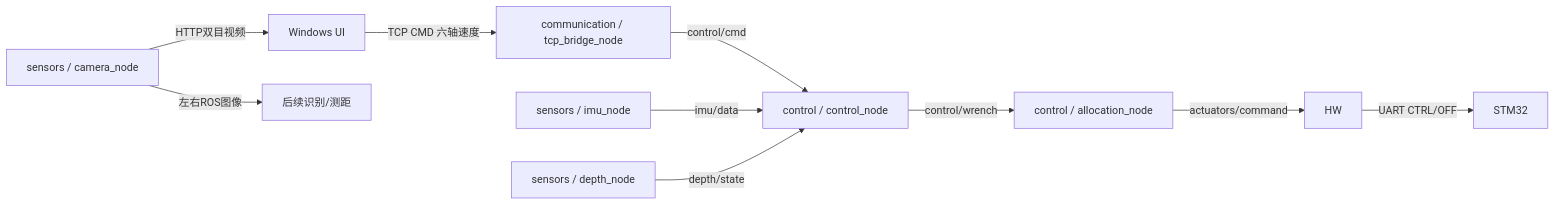
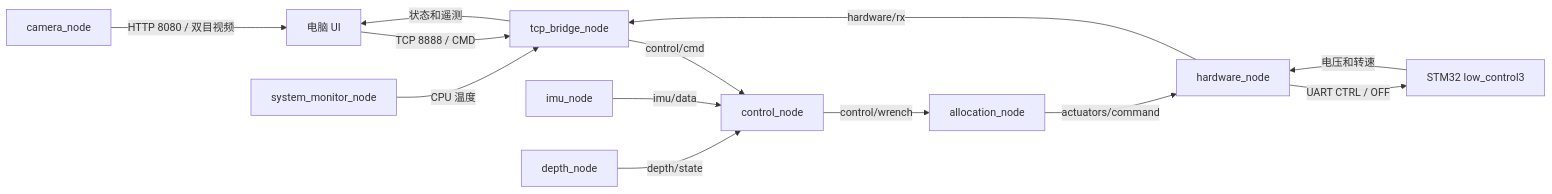
One commit to DestinStarry/uw_ws changed the diagram in README.md. Above: the diagram before and after it, drawn with Mermaid. The commit also changed other lines of this file, not shown here.

````diff
--- a/README.md
+++ b/README.md
@@ -13,12 +14,15 @@
 ```mermaid
 flowchart LR
-  UI[Windows UI] -->|TCP CMD 六轴速度| TCP[communication / tcp_bridge_node]
-  TCP -->|control/cmd| C[control / control_node]
-  IMU[sensors / imu_node] -->|imu/data| C
-  DEPTH[sensors / depth_node] -->|depth/state| C
-  C -->|control/wrench| A[control / allocation_node]
-  A -->|actuators/command| HW
-  HW -->|UART CTRL/OFF| STM32[STM32]
-  CAM[sensors / camera_node] -->|HTTP双目视频| UI
-  CAM -->|左右ROS图像| VISION[后续识别/测距]
+    UI[电脑 UI] -->|TCP 8888 / CMD| TCP[tcp_bridge_node]
+    TCP -->|control/cmd| CTRL[control_node]
+    IMU[imu_node] -->|imu/data| CTRL
+    DEPTH[depth_node] -->|depth/state| CTRL
+    CTRL -->|control/wrench| ALLOC[allocation_node]
+    ALLOC -->|actuators/command| HW[hardware_node]
+    HW -->|UART CTRL / OFF| MCU[STM32 low_control3]
+    MCU -->|电压和转速| HW
+    HW -->|hardware/rx| TCP
+    MON[system_monitor_node] -->|CPU 温度| TCP
+    TCP -->|状态和遥测| UI
+    CAM[camera_node] -->|HTTP 8080 / 双目视频| UI
 ```
````
